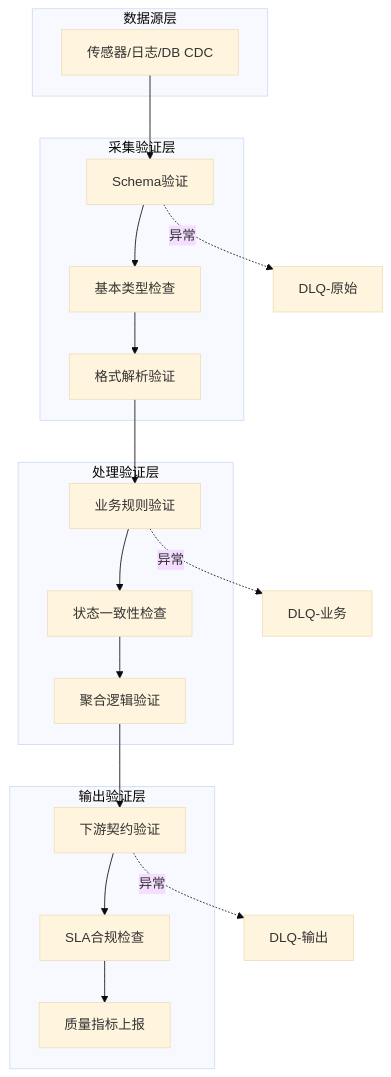
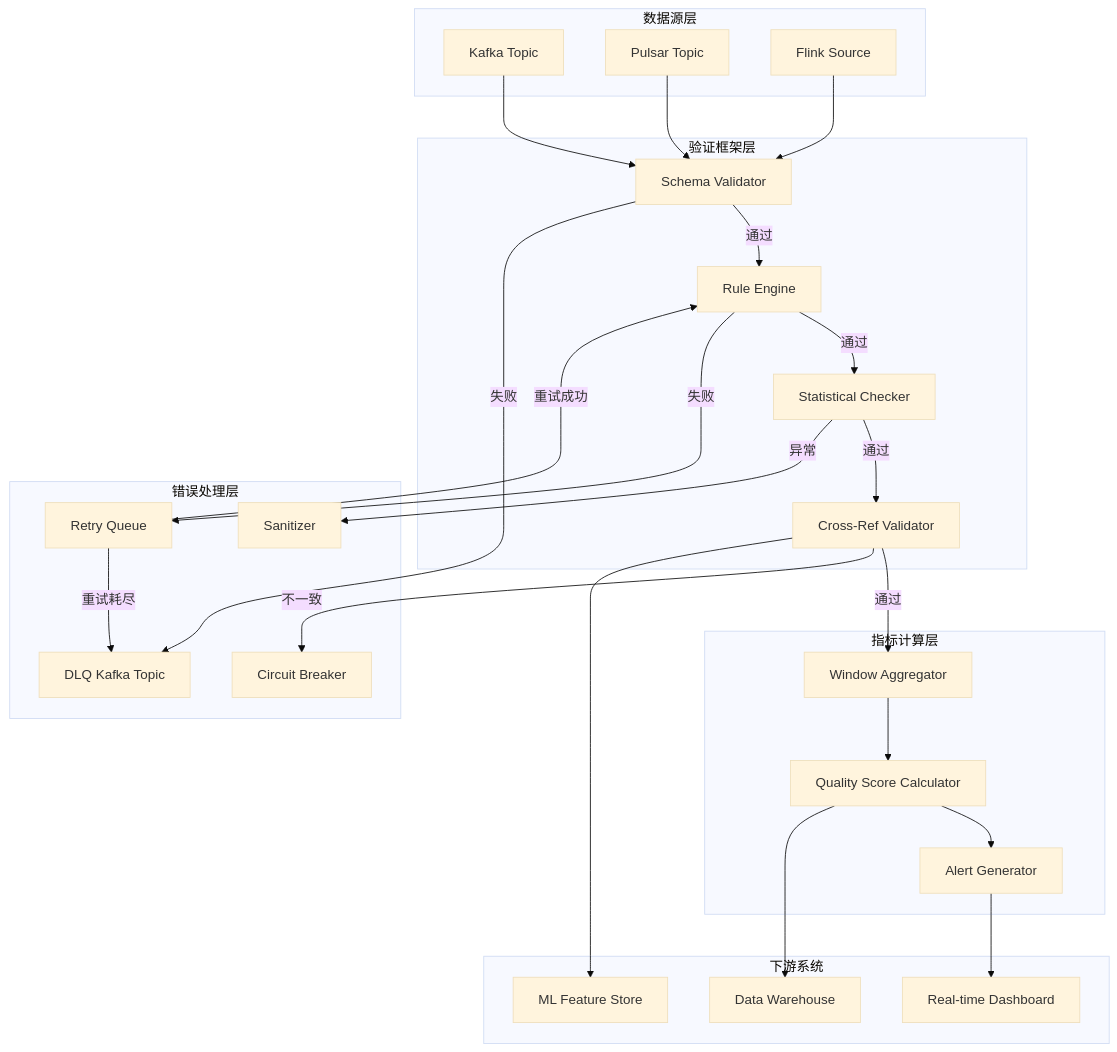
The first of 4 diagrams in Knowledge/06-frontier/realtime-data-quality-validation.md (AdaMartin18010/AnalysisDataFlow), drawn with Mermaid (base theme) before and after one commit. The commit also changed other lines of this file and 24 other files, not shown here.

````diff
--- a/Knowledge/06-frontier/realtime-data-quality-validation.md
+++ b/Knowledge/06-frontier/realtime-data-quality-validation.md
@@ -117,29 +354,53 @@
 ```mermaid
 graph TB
     subgraph "数据源层"
-        A1[传感器/日志/DB CDC]
+        SRC1[Kafka Topic]
+        SRC2[Pulsar Topic]
+        SRC3[Flink Source]
     end
 
-    subgraph "采集验证层"
-        B1[Schema验证] --> B2[基本类型检查]
-        B2 --> B3[格式解析验证]
+    subgraph "验证框架层"
+        V1[Schema Validator]
+        V2[Rule Engine]
+        V3[Statistical Checker]
+        V4[Cross-Ref Validator]
     end
 
-    subgraph "处理验证层"
-        C1[业务规则验证] --> C2[状态一致性检查]
-        C2 --> C3[聚合逻辑验证]
+    subgraph "错误处理层"
+        H1[DLQ Kafka Topic]
+        H2[Retry Queue]
+        H3[Sanitizer]
+        H4[Circuit Breaker]
     end
 
-    subgraph "输出验证层"
-        D1[下游契约验证] --> D2[SLA合规检查]
-        D2 --> D3[质量指标上报]
+    subgraph "指标计算层"
+        M1[Window Aggregator]
+        M2[Quality Score Calculator]
+        M3[Alert Generator]
     end
 
-    A1 --> B1
-    B3 --> C1
-    C3 --> D1
+    subgraph "下游系统"
+        S1[Data Warehouse]
+        S2[Real-time Dashboard]
+        S3[ML Feature Store]
+    end
 
-    B1 -.->|异常| E1[DLQ-原始]
-    C1 -.->|异常| E2[DLQ-业务]
-    D1 -.->|异常| E3[DLQ-输出]
+    SRC1 --> V1
+    SRC2 --> V1
+    SRC3 --> V1
+    V1 -->|通过| V2
+    V1 -->|失败| H1
+    V2 -->|通过| V3
+    V2 -->|失败| H2
+    V3 -->|通过| V4
+    V3 -->|异常| H3
+    V4 -->|通过| M1
+    V4 -->|不一致| H4
+    H2 -->|重试成功| V2
+    H2 -->|重试耗尽| H1
+    M1 --> M2
+    M2 --> M3
+    M2 --> S1
+    M3 --> S2
+    V4 --> S3
 ```
````
